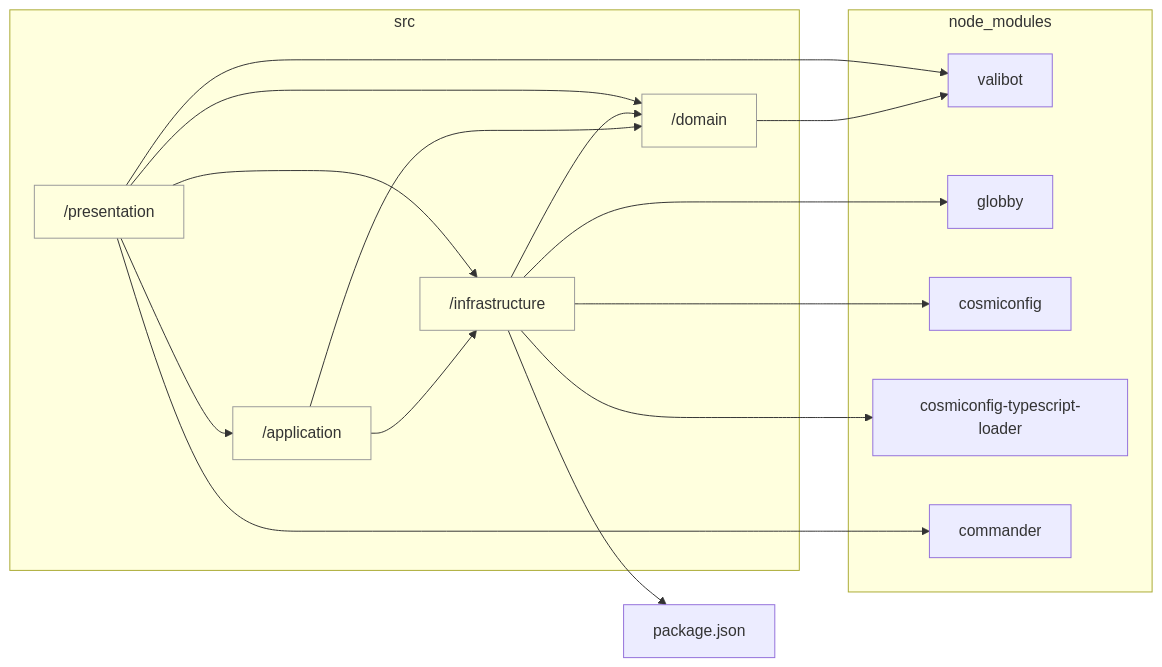
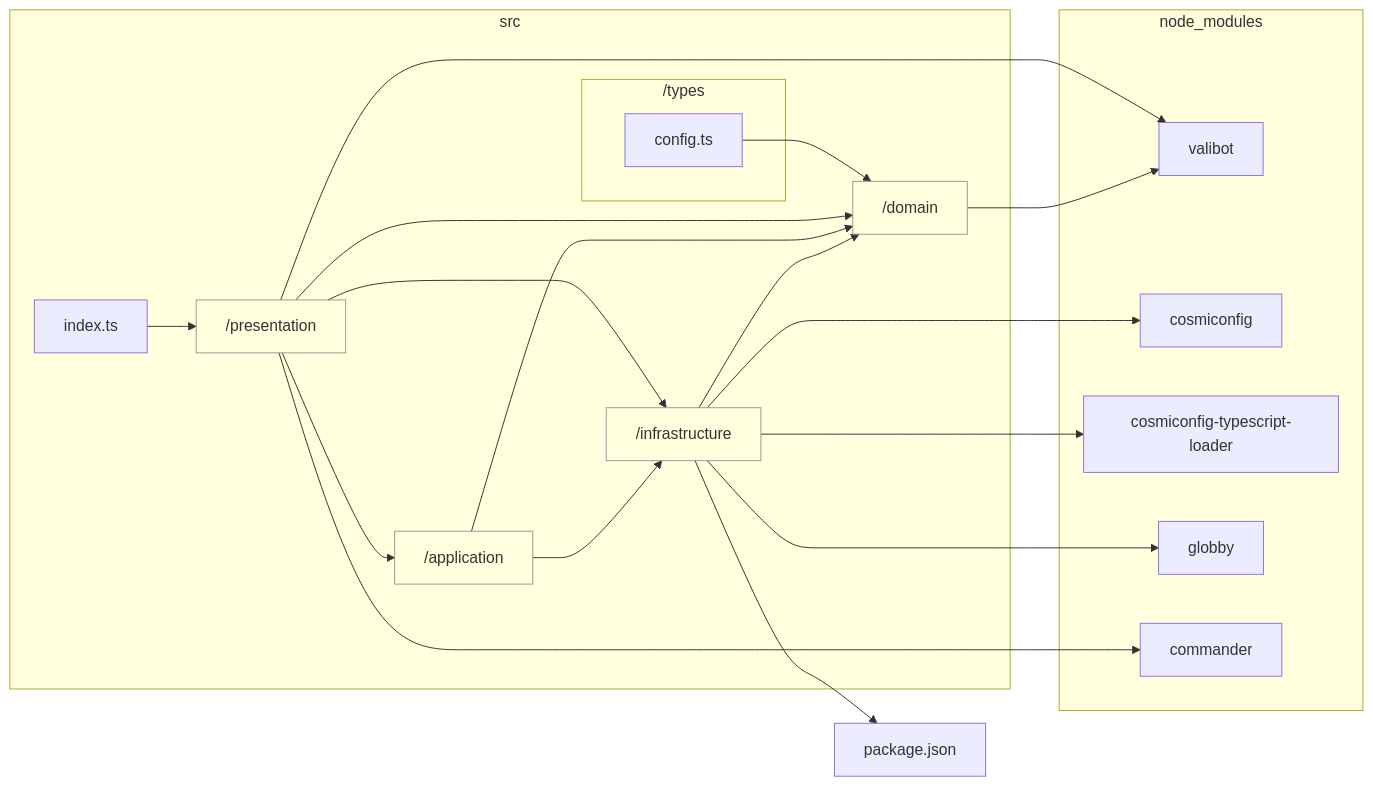
The diagram in docs/reports/dependencies/layers.md (sugurutakahashi-1234/mermaid-markdown-wrap), drawn with Mermaid before and after one commit. The commit also changed 8 other files, not shown here.

````diff
--- a/docs/reports/dependencies/layers.md
+++ b/docs/reports/dependencies/layers.md
@@ -7,30 +7,36 @@
 ```mermaid
 flowchart LR
     classDef dir fill:#0000,stroke:#999
     subgraph src["src"]
         src/domain["/domain"]:::dir
+        src/infrastructure["/infrastructure"]:::dir
         src/application["/application"]:::dir
-        src/infrastructure["/infrastructure"]:::dir
         src/presentation["/presentation"]:::dir
+        src/index.ts["index.ts"]
+        subgraph src/types["/types"]
+            src/types/config.ts["config.ts"]
+        end
     end
     subgraph node//modules["node_modules"]
         node//modules/valibot/dist/index.d.cts["valibot"]
-        node//modules/globby/index.d.ts["globby"]
         node//modules/cosmiconfig/dist/index.d.ts["cosmiconfig"]
         node//modules/cosmiconfig//typescript//loader/dist/types/index.d.ts["cosmiconfig-typescript-loader"]
+        node//modules/globby/index.d.ts["globby"]
         node//modules/commander/typings/index.d.ts["commander"]
     end
     src/domain-->node//modules/valibot/dist/index.d.cts
-    src/application-->src/domain
-    src/infrastructure-->node//modules/globby/index.d.ts
-    src/application-->src/infrastructure
     src/infrastructure-->node//modules/cosmiconfig/dist/index.d.ts
     src/infrastructure-->node//modules/cosmiconfig//typescript//loader/dist/types/index.d.ts
     src/infrastructure-->src/domain
     src/infrastructure-->package.json
+    src/infrastructure-->node//modules/globby/index.d.ts
+    src/application-->src/domain
+    src/application-->src/infrastructure
     src/presentation-->src/application
     src/presentation-->src/domain
-    src/presentation-->src/infrastructure
     src/presentation-->node//modules/commander/typings/index.d.ts
     src/presentation-->node//modules/valibot/dist/index.d.cts
+    src/presentation-->src/infrastructure
+    src/index.ts-->src/presentation
+    src/types/config.ts-->src/domain
 ```
````
